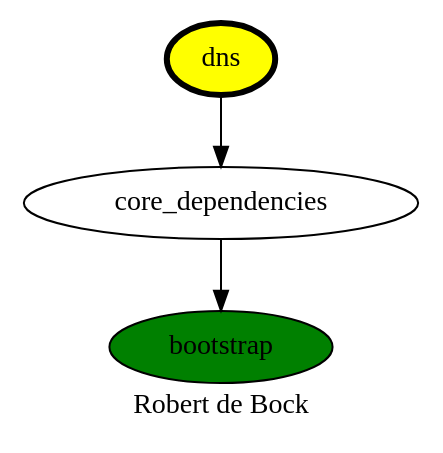
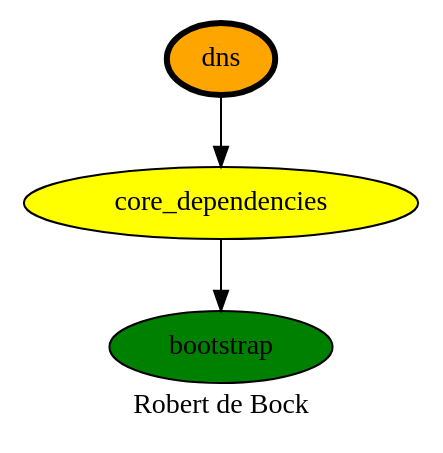
The diagram in dns.dot (robertdebock/drawings), drawn with Graphviz before and after one commit. The commit also changed 1 other file, not shown here.

```diff
--- a/dns.dot
+++ b/dns.dot
@@ -1,10 +1,11 @@
 digraph PhiloDilemma {
   label = "Robert de Bock" ;
   overlap=false
   {
     bootstrap [fillcolor=green style=filled]
-    dns [fillcolor=yellow style=filled penwidth=3]
+    "core_dependencies" [fillcolor=yellow style=filled]
+    dns [fillcolor=orange style=filled penwidth=3]
   }
   dns -> "core_dependencies"
   "core_dependencies" -> bootstrap
 }
```
